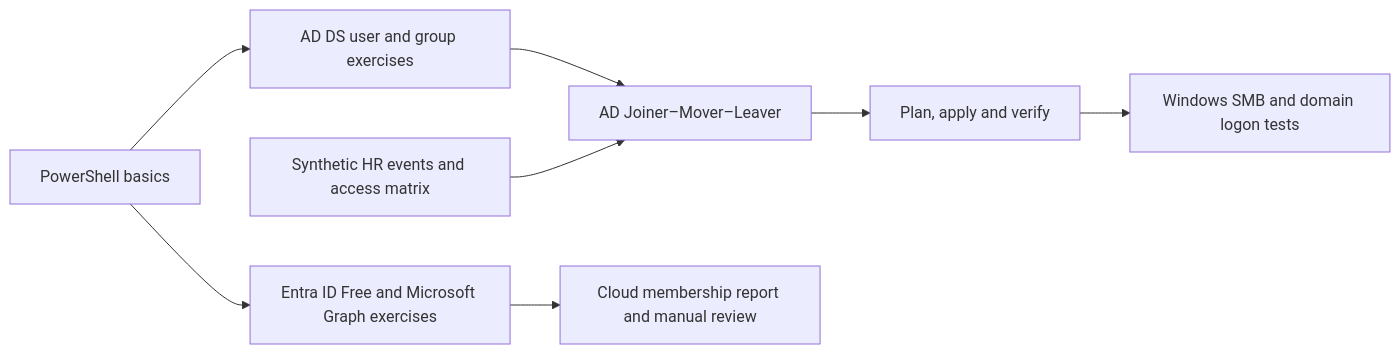
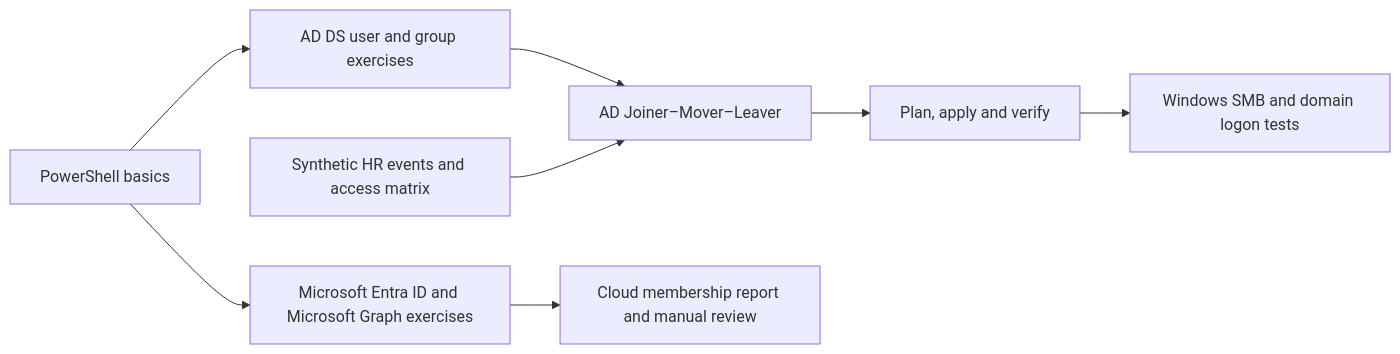
Before and after one commit to krzysztof-szot/iam-powershell-automation-project: the diagram in README.md, drawn with Mermaid. The commit also changed other lines of this file and 6 other files, not shown here.

````diff
--- a/README.md
+++ b/README.md
@@ -27,10 +27,10 @@
 ```mermaid
 flowchart LR
     B["PowerShell basics"] --> AD["AD DS user and group exercises"]
-    B --> E["Entra ID Free and Microsoft Graph exercises"]
+    B --> E["Microsoft Entra ID and Microsoft Graph exercises"]
     AD --> JML["AD Joiner–Mover–Leaver"]
     HR["Synthetic HR events and access matrix"] --> JML
     JML --> V["Plan, apply and verify"]
     V --> S["Windows SMB and domain logon tests"]
     E --> R["Cloud membership report and manual review"]
 ```
````
